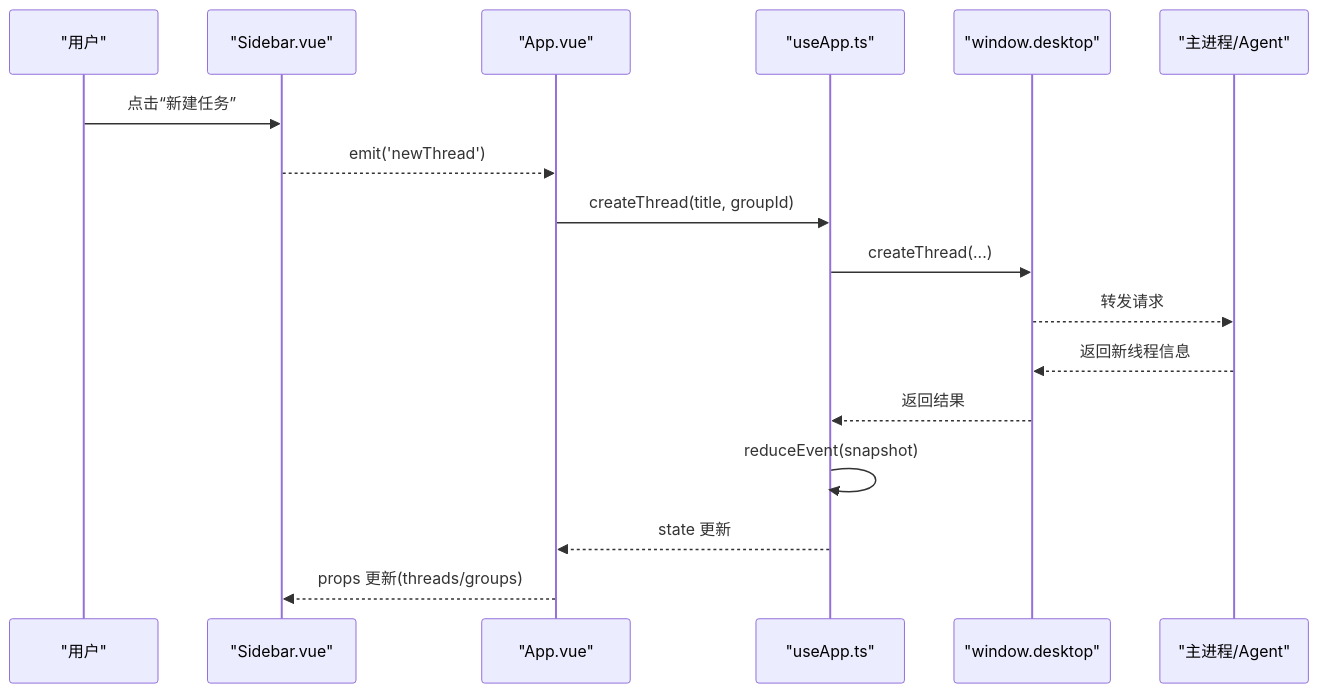
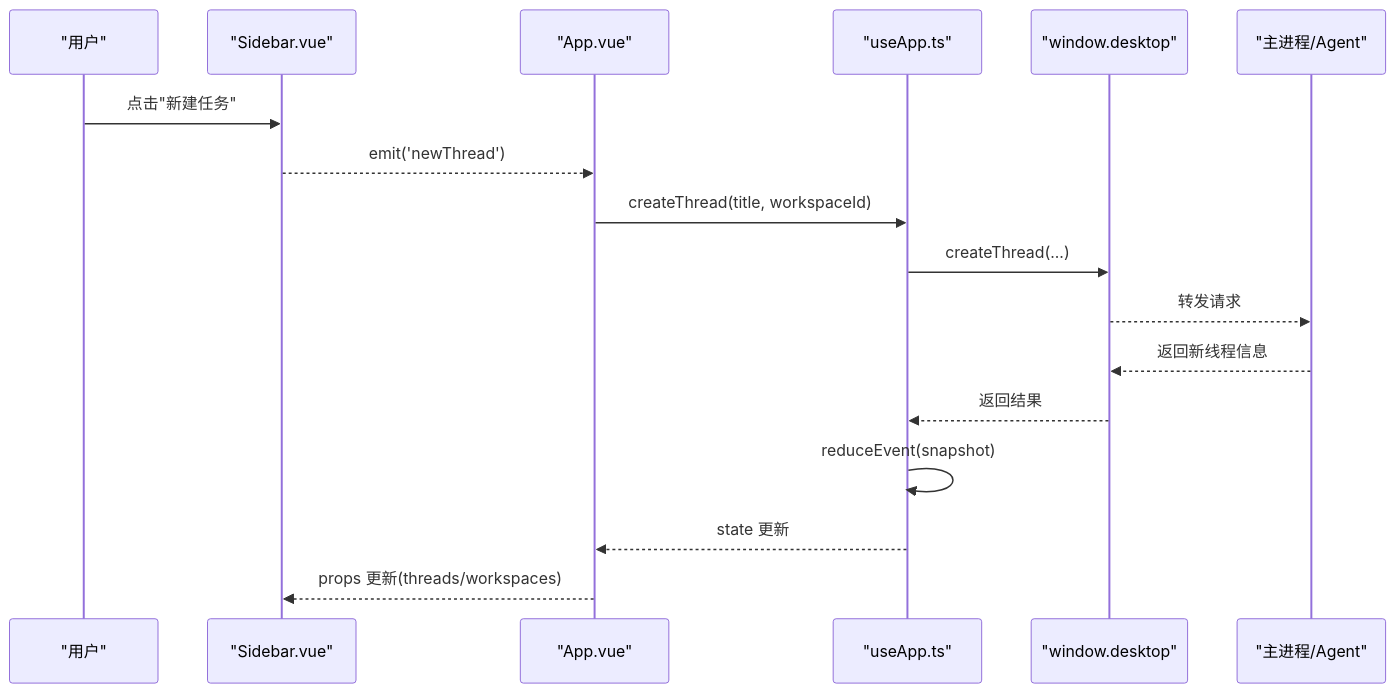
Before and after one commit to dyx-9163/ai-aifar: the second of 6 diagrams in .qoder/repowiki/zh/content/用户界面/侧边栏导航组件.md, drawn with Mermaid. The commit also changed other lines of this file and 10 other files, not shown here.

````diff
--- a/.qoder/repowiki/zh/content/用户界面/侧边栏导航组件.md
+++ b/.qoder/repowiki/zh/content/用户界面/侧边栏导航组件.md
@@ -83,19 +97,19 @@
 ```mermaid
 sequenceDiagram
 participant U as "用户"
 participant S as "Sidebar.vue"
 participant P as "App.vue"
 participant A as "useApp.ts"
 participant D as "window.desktop"
 participant M as "主进程/Agent"
-U->>S : 点击“新建任务”
+U->>S : 点击"新建任务"
 S-->>P : emit('newThread')
-P->>A : createThread(title, groupId)
+P->>A : createThread(title, workspaceId)
 A->>D : createThread(...)
 D-->>M : 转发请求
 M-->>D : 返回新线程信息
 D-->>A : 返回结果
 A->>A : reduceEvent(snapshot)
 A-->>P : state 更新
-P-->>S : props 更新(threads/groups)
+P-->>S : props 更新(threads/workspaces)
 ```
````
